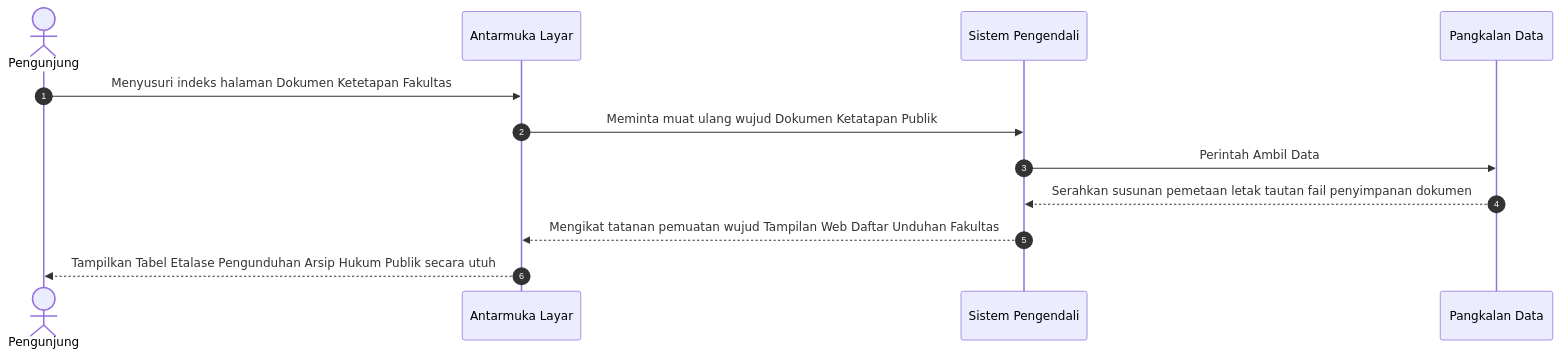
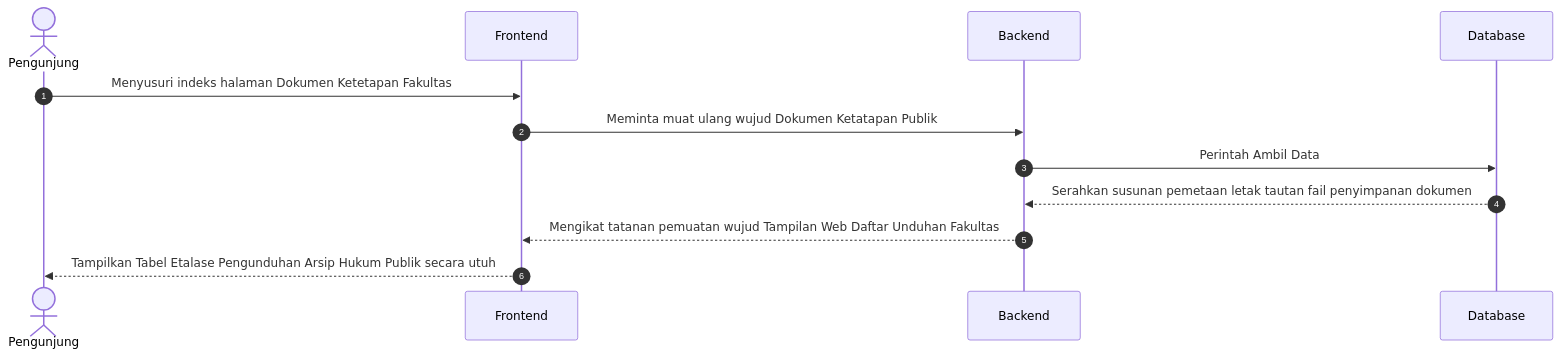
One commit to arbain-dev/Web_fikom changed diagram 14 of 39 in docs/02_DIAGRAM_URUTAN_SEQUENCE.md. Above: the diagram before and after it, drawn with Mermaid. The commit also changed other lines of this file, not shown here.

Commit message:
docs: rename architectural pillars to Frontend, Backend, and Database in sequence diagrams

````diff
--- a/docs/02_DIAGRAM_URUTAN_SEQUENCE.md
+++ b/docs/02_DIAGRAM_URUTAN_SEQUENCE.md
@@ -338,17 +338,17 @@
 ```mermaid
 sequenceDiagram
     autonumber
     actor User as Pengunjung
-    participant Frontend as Antarmuka Layar
-    participant Backend as Sistem Pengendali
-    participant Database as Pangkalan Data
+    participant Frontend as Frontend
+    participant Backend as Backend
+    participant Database as Database
 
     User->>Frontend: Menyusuri indeks halaman Dokumen Ketetapan Fakultas
     Frontend->>Backend: Meminta muat ulang wujud Dokumen Ketatapan Publik
     
     Backend->>Database: Perintah Ambil Data
     Database-->>Backend: Serahkan susunan pemetaan letak tautan fail penyimpanan dokumen 
     
     Backend-->>Frontend: Mengikat tatanan pemuatan wujud Tampilan Web Daftar Unduhan Fakultas
     Frontend-->>User: Tampilkan Tabel Etalase Pengunduhan Arsip Hukum Publik secara utuh
 ```
````
